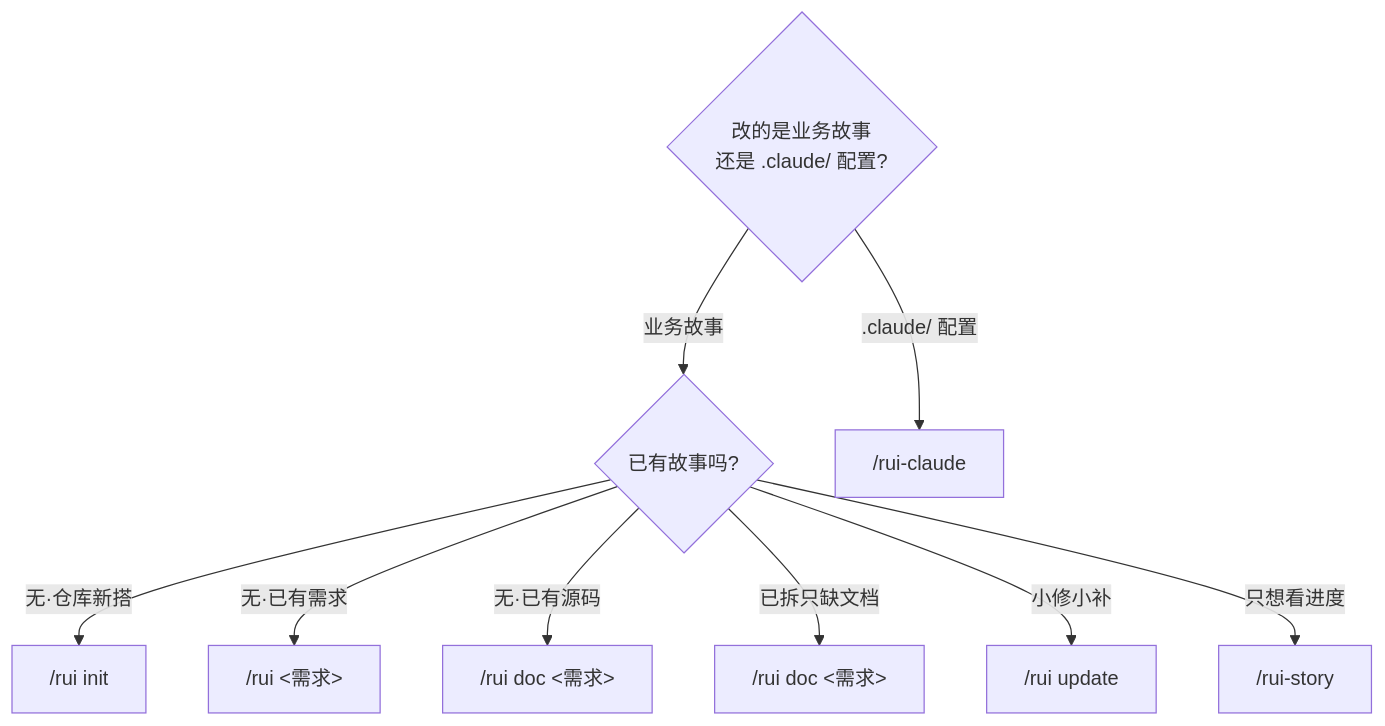
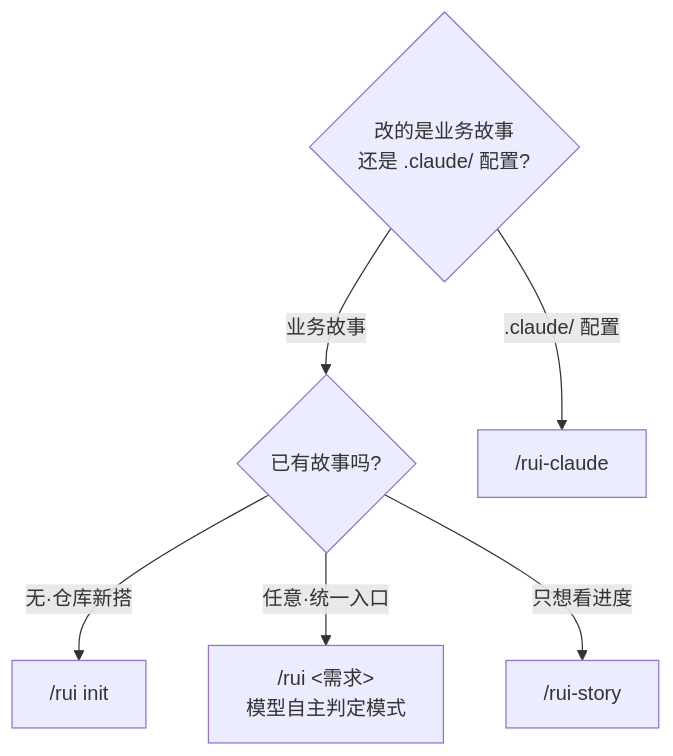
One commit to effiy/YrY changed the third of 4 diagrams in README.md. Above: the diagram before and after it, drawn with Mermaid. The commit also changed other lines of this file and 24 other files, not shown here.

````diff
--- a/README.md
+++ b/README.md
@@ -75,12 +74,9 @@
 ```mermaid
 flowchart TD
     Q1{"改的是业务故事<br>还是 .claude/ 配置?"}
     Q1 -->|"业务故事"| Q2{"已有故事吗?"}
     Q1 -->|".claude/ 配置"| RC["/rui-claude"]
     Q2 -->|"无·仓库新搭"| INIT["/rui init"]
-    Q2 -->|"无·已有需求"| E2E["/rui <需求>"]
-    Q2 -->|"无·已有源码"| DOC["/rui doc <需求>"]
-    Q2 -->|"已拆只缺文档"| DOC2["/rui doc <需求>"]
-    Q2 -->|"小修小补"| UPD["/rui update"]
+    Q2 -->|"任意·统一入口"| E2E["/rui <需求><br/>模型自主判定模式"]
     Q2 -->|"只想看进度"| STORY["/rui-story"]
 ```
````
